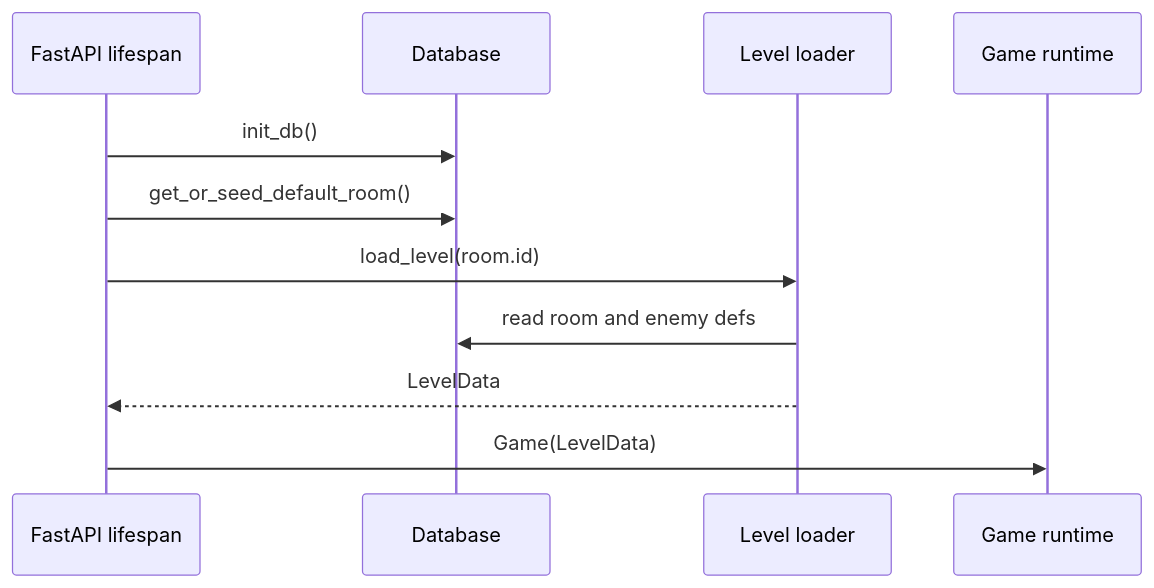
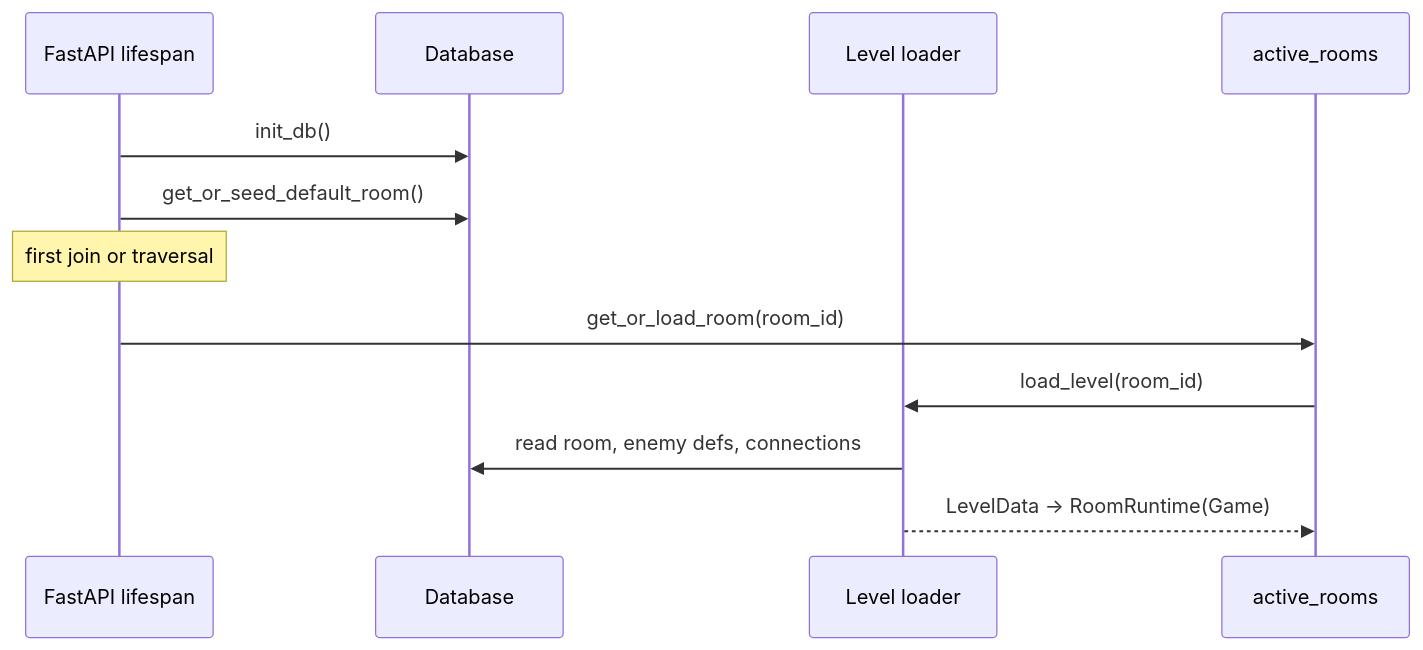
The second of 6 diagrams in docs/ARCHITECTURE.md (GoldenWind8/roguelike-mvp), drawn with Mermaid before and after one commit. The commit also changed other lines of this file and 20 other files, not shown here.

````diff
--- a/docs/ARCHITECTURE.md
+++ b/docs/ARCHITECTURE.md
@@ -43,14 +54,15 @@
 ```mermaid
 sequenceDiagram
     participant App as FastAPI lifespan
     participant DB as Database
     participant Loader as Level loader
-    participant Game as Game runtime
+    participant Reg as active_rooms
 
     App->>DB: init_db()
     App->>DB: get_or_seed_default_room()
-    App->>Loader: load_level(room.id)
-    Loader->>DB: read room and enemy defs
-    Loader-->>App: LevelData
-    App->>Game: Game(LevelData)
+    Note over App: first join or traversal
+    App->>Reg: get_or_load_room(room_id)
+    Reg->>Loader: load_level(room_id)
+    Loader->>DB: read room, enemy defs, connections
+    Loader-->>Reg: LevelData -> RoomRuntime(Game)
 ```
````
